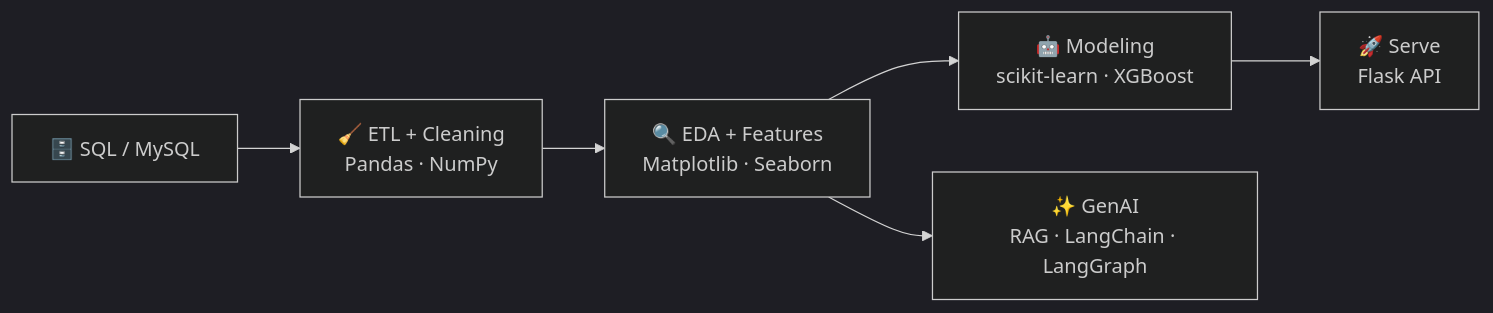
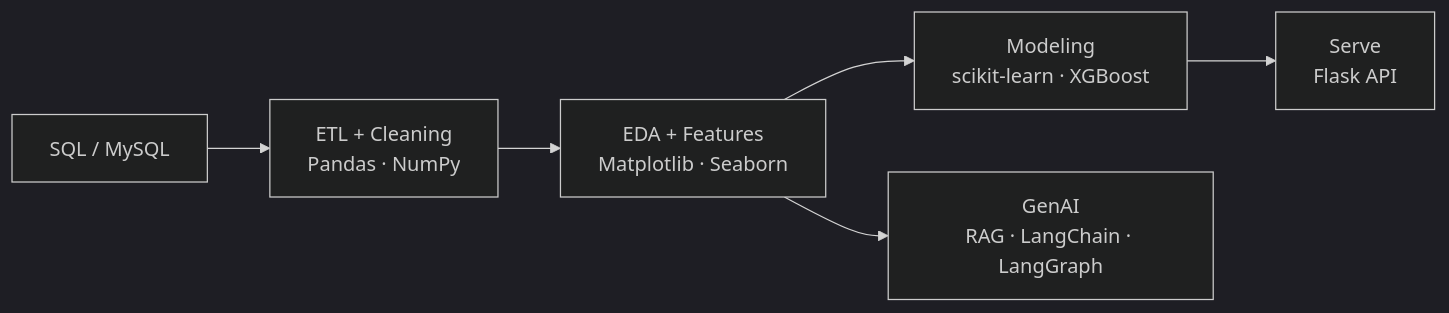
The diagram in README.md (prajwalghotkar/prajwalghotkar), drawn with Mermaid (dark theme) before and after one commit. The commit also changed other lines of this file, not shown here.

````diff
--- a/README.md
+++ b/README.md
@@ -97,8 +97,8 @@
 ```mermaid
 flowchart LR
-    A[🗄️ SQL / MySQL] --> B[🧹 ETL + Cleaning<br/>Pandas · NumPy]
-    B --> C[🔍 EDA + Features<br/>Matplotlib · Seaborn]
-    C --> D[🤖 Modeling<br/>scikit-learn · XGBoost]
-    D --> E[🚀 Serve<br/>Flask API]
-    C --> F[✨ GenAI<br/>RAG · LangChain · LangGraph]
+    A[ SQL / MySQL] --> B[ ETL + Cleaning<br/>Pandas · NumPy]
+    B --> C[ EDA + Features<br/>Matplotlib · Seaborn]
+    C --> D[ Modeling<br/>scikit-learn · XGBoost]
+    D --> E[ Serve<br/>Flask API]
+    C --> F[ GenAI<br/>RAG · LangChain · LangGraph]
 ```
````
